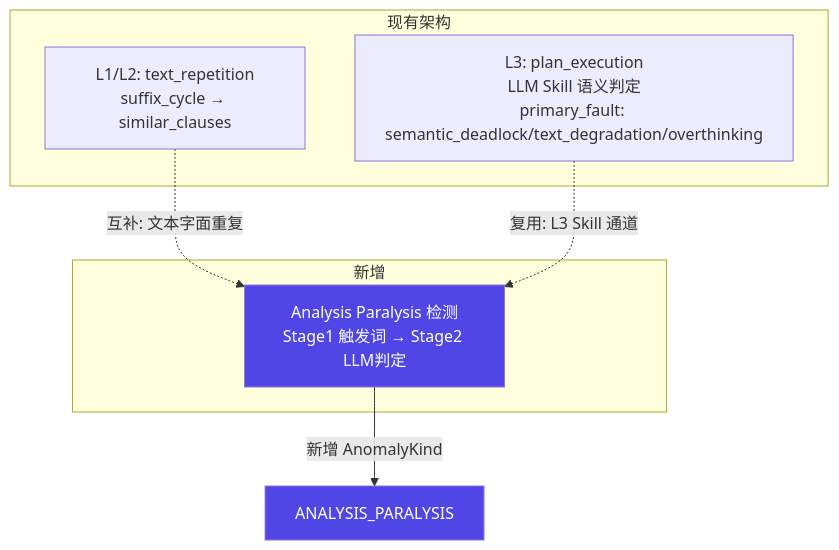
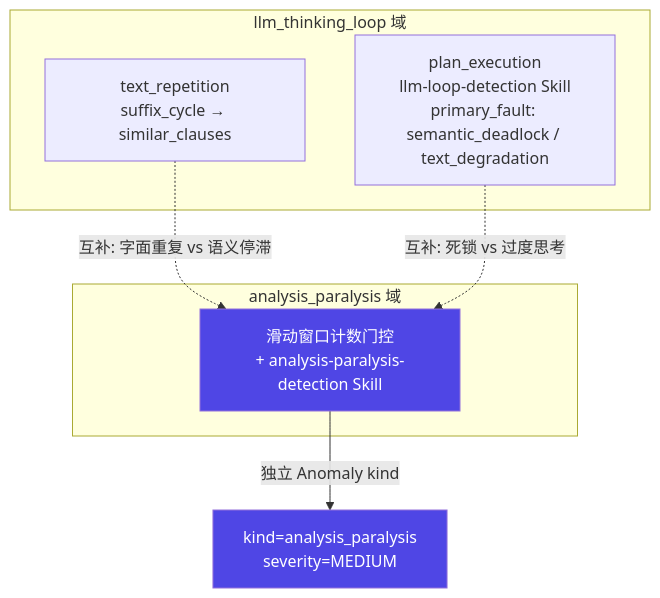
The fourth of 9 diagrams in docs/agent-ras/designs/features/analysis-paralysis.md (openeuler-mirror/agent-insight), drawn with Mermaid before and after one commit. The commit also changed other lines of this file and 9 other files, not shown here.

First line of the commit message:
feat(ras): 新增 analysis_paralysis 滑动窗口触发词计数门控检测器

````diff
--- a/docs/agent-ras/designs/features/analysis-paralysis.md
+++ b/docs/agent-ras/designs/features/analysis-paralysis.md
@@ -179,18 +211,18 @@
 ```mermaid
 flowchart TD
-    subgraph 现有架构
-        L1L2[L1/L2: text_repetition<br/>suffix_cycle → similar_clauses] 
-        L3A[L3: plan_execution<br/>LLM Skill 语义判定<br/>primary_fault: semantic_deadlock/text_degradation/overthinking]
+    subgraph llm_thinking_loop 域
+        TTL[text_repetition<br/>suffix_cycle → similar_clauses]
+        TTL3[plan_execution<br/>llm-loop-detection Skill<br/>primary_fault: semantic_deadlock / text_degradation]
     end
-    
-    subgraph 新增
-        AP[Analysis Paralysis 检测<br/>Stage1 触发词 → Stage2 LLM判定]
+
+    subgraph analysis_paralysis 域
+        AP[滑动窗口计数门控<br/>+ analysis-paralysis-detection Skill]
     end
-    
-    L1L2 -.->|互补: 文本字面重复| AP
-    L3A -.->|复用: L3 Skill 通道| AP
-    AP -->|新增 AnomalyKind| ANOMALY[ANALYSIS_PARALYSIS]
-    
+
+    TTL -.->|互补: 字面重复 vs 语义停滞| AP
+    TTL3 -.->|互补: 死锁 vs 过度思考| AP
+    AP -->|独立 Anomaly kind| ANOMALY["kind=analysis_paralysis<br/>severity=MEDIUM"]
+
     style AP fill:#4f46e5,color:#fff
     style ANOMALY fill:#4f46e5,color:#fff
 ```
````
